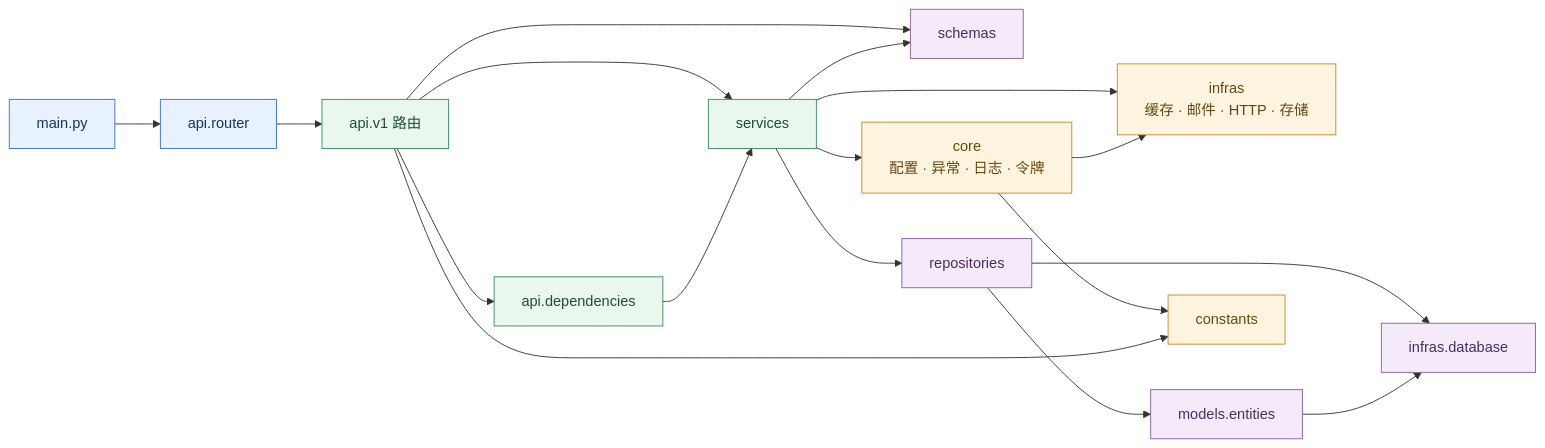
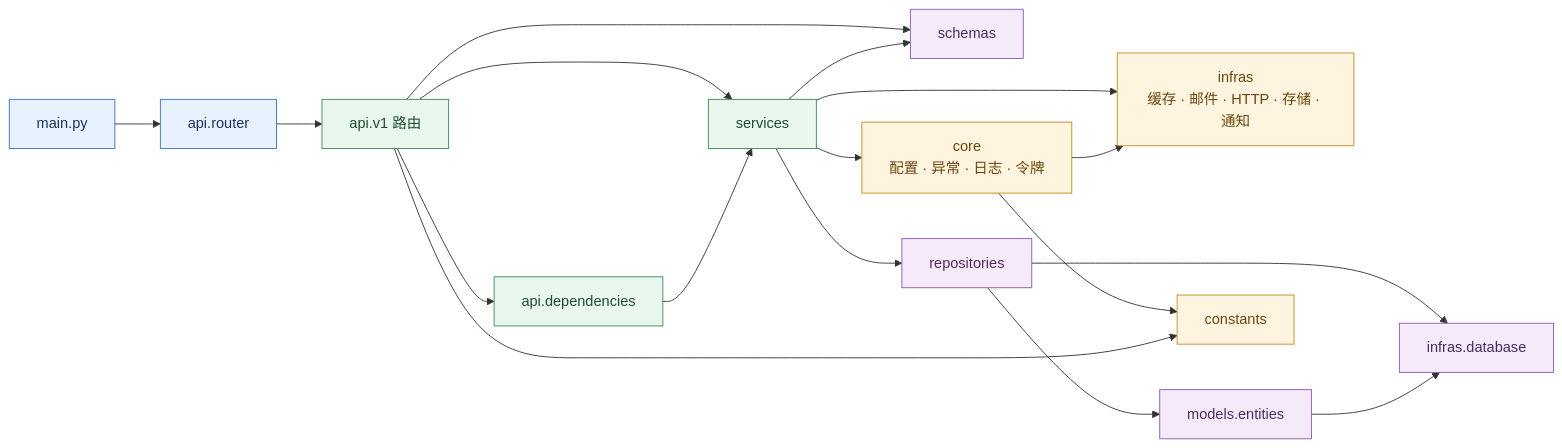
One commit to cross-lang/x-HanJiang changed the third of 3 diagrams in README.md. Above: the diagram before and after it, drawn with Mermaid. The commit also changed other lines of this file and 6 other files, not shown here.

````diff
--- a/README.md
+++ b/README.md
@@ -298,31 +306,31 @@
 ```mermaid
 flowchart LR
   Main[main.py] --> Router[api.router]
   Router --> API[api.v1 路由]
   API --> Dependencies[api.dependencies]
   API --> Schemas[schemas]
   API --> Services[services]
 
   Dependencies --> Services
   Services --> Repositories[repositories]
   Services --> Schemas
   Services --> Core[core<br/>配置 · 异常 · 日志 · 令牌]
-  Services --> Infra[infras<br/>缓存 · 邮件 · HTTP · 存储]
+  Services --> Infra[infras<br/>缓存 · 邮件 · HTTP · 存储 · 通知]
 
   Repositories --> Entities[models.entities]
   Repositories --> Database[infras.database]
   Entities --> Database
   Core --> Infra
   Core --> Constants[constants]
   API --> Constants
 
   classDef entry fill:#e8f1ff,stroke:#3973c6,color:#16345c;
   classDef app fill:#eaf7ef,stroke:#3b8c5a,color:#1f4d31;
   classDef support fill:#fff4df,stroke:#c68a22,color:#68470f;
   classDef data fill:#f5eafa,stroke:#8b5ba7,color:#4b2d5d;
 
   class Main,Router entry;
   class API,Dependencies,Services app;
   class Core,Infra,Constants support;
   class Repositories,Entities,Database,Schemas data;
 ```
````
